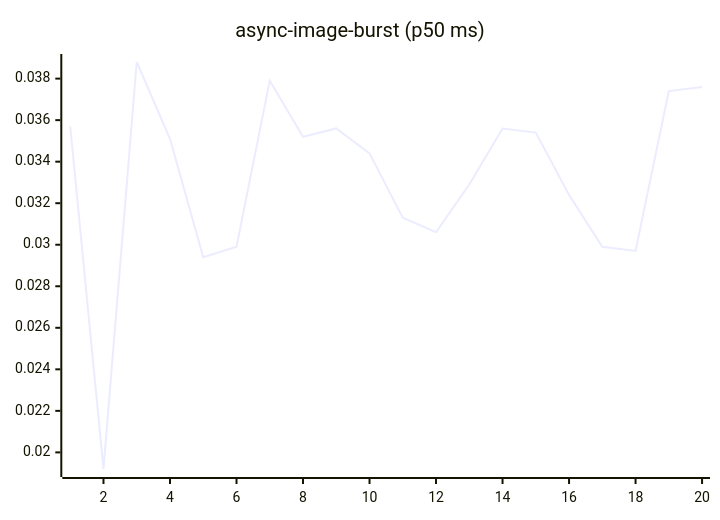
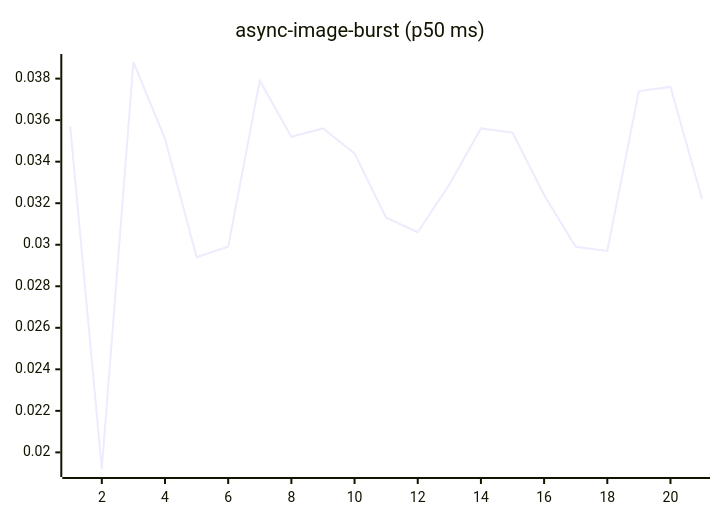
One commit to josha/Facet changed the fourth of 27 diagrams in README.md. Above: the diagram before and after it, drawn with Mermaid. The commit also changed other lines of this file and 2 other files, not shown here.

````diff
--- a/README.md
+++ b/README.md
@@ -84,6 +84,6 @@
 ```mermaid
 xychart-beta
     title "async-image-burst (p50 ms)"
-    x-axis 1 --> 20
-    line [0.0357, 0.0192, 0.0388, 0.0351, 0.0294, 0.0299, 0.0379, 0.0352, 0.0356, 0.0344, 0.0313, 0.0306, 0.0329, 0.0356, 0.0354, 0.0324, 0.0299, 0.0297, 0.0374, 0.0376]
+    x-axis 1 --> 21
+    line [0.0357, 0.0192, 0.0388, 0.0351, 0.0294, 0.0299, 0.0379, 0.0352, 0.0356, 0.0344, 0.0313, 0.0306, 0.0329, 0.0356, 0.0354, 0.0324, 0.0299, 0.0297, 0.0374, 0.0376, 0.0322]
 ```
````
